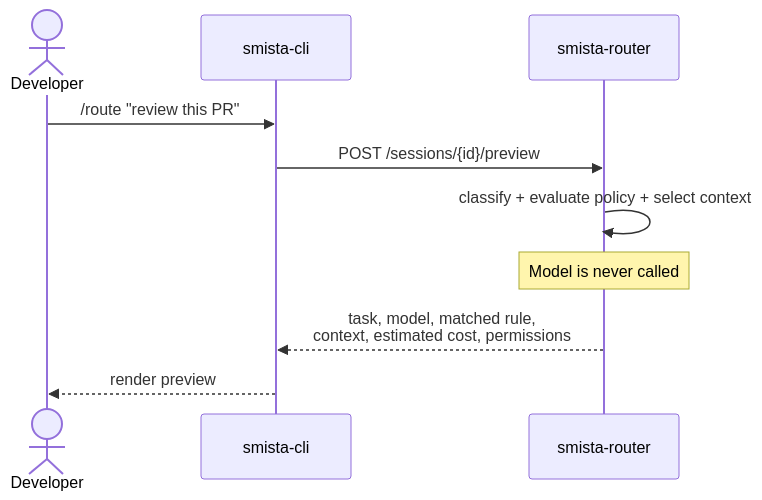
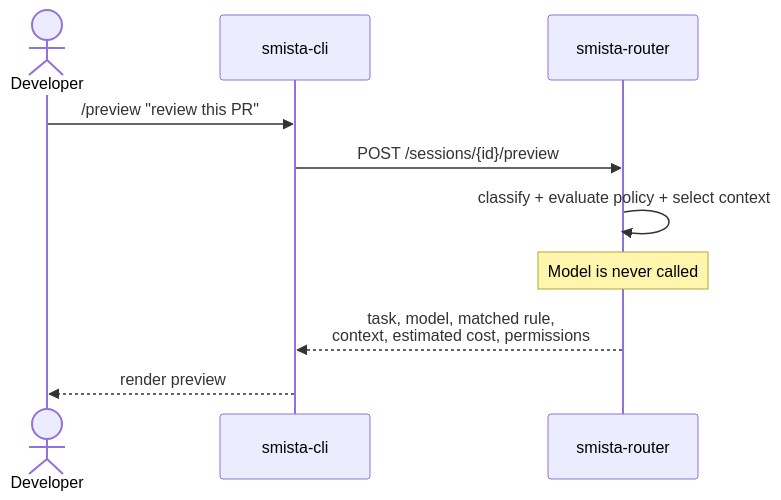
One commit to smista-ai/smista.ai changed the fifth of 5 diagrams in docs/technical/architecture.md. Above: the diagram before and after it, drawn with Mermaid. The commit also changed other lines of this file and 9 other files, not shown here.

````diff
--- a/docs/technical/architecture.md
+++ b/docs/technical/architecture.md
@@ -134,13 +134,13 @@
 ```mermaid
 sequenceDiagram
     actor U as Developer
     participant C as smista-cli
     participant R as smista-router
 
-    U->>C: /route "review this PR"
+    U->>C: /preview "review this PR"
     C->>R: POST /sessions/{id}/preview
     R->>R: classify + evaluate policy + select context
     Note over R: Model is never called
     R-->>C: task, model, matched rule,<br/>context, estimated cost, permissions
     C-->>U: render preview
 ```
````
